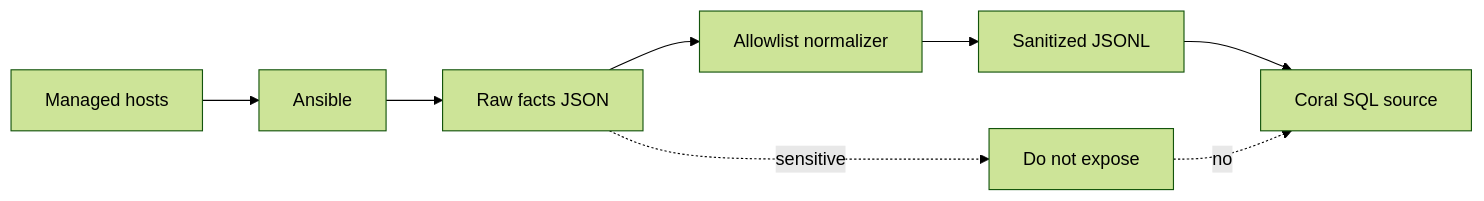
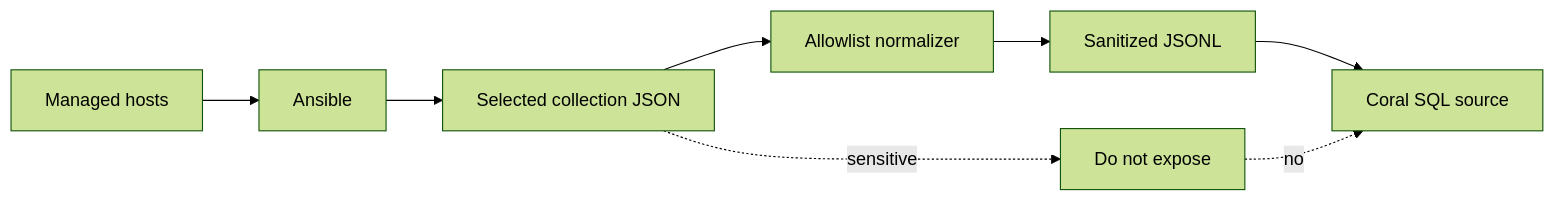
Before and after one commit to withcoral/coral: the diagram in sources/community/ansible/SECURITY_NOTES.md, drawn with Mermaid (forest theme). The commit also changed other lines of this file and 6 other files, not shown here.

Commit message:
fix(sources/community/ansible): template selected fact payload

````diff
--- a/sources/community/ansible/SECURITY_NOTES.md
+++ b/sources/community/ansible/SECURITY_NOTES.md
@@ -31,11 +31,11 @@
 ```mermaid
 flowchart LR
   Hosts[Managed hosts] --> Ansible[Ansible]
-  Ansible --> Raw[Raw facts JSON]
-  Raw --> Normalizer[Allowlist normalizer]
+  Ansible --> Collected[Selected collection JSON]
+  Collected --> Normalizer[Allowlist normalizer]
   Normalizer --> Safe[Sanitized JSONL]
   Safe --> Coral[Coral SQL source]
 
-  Raw -. sensitive .-> Blocked[Do not expose]
+  Collected -. sensitive .-> Blocked[Do not expose]
   Blocked -. no .-> Coral
 ```
````
